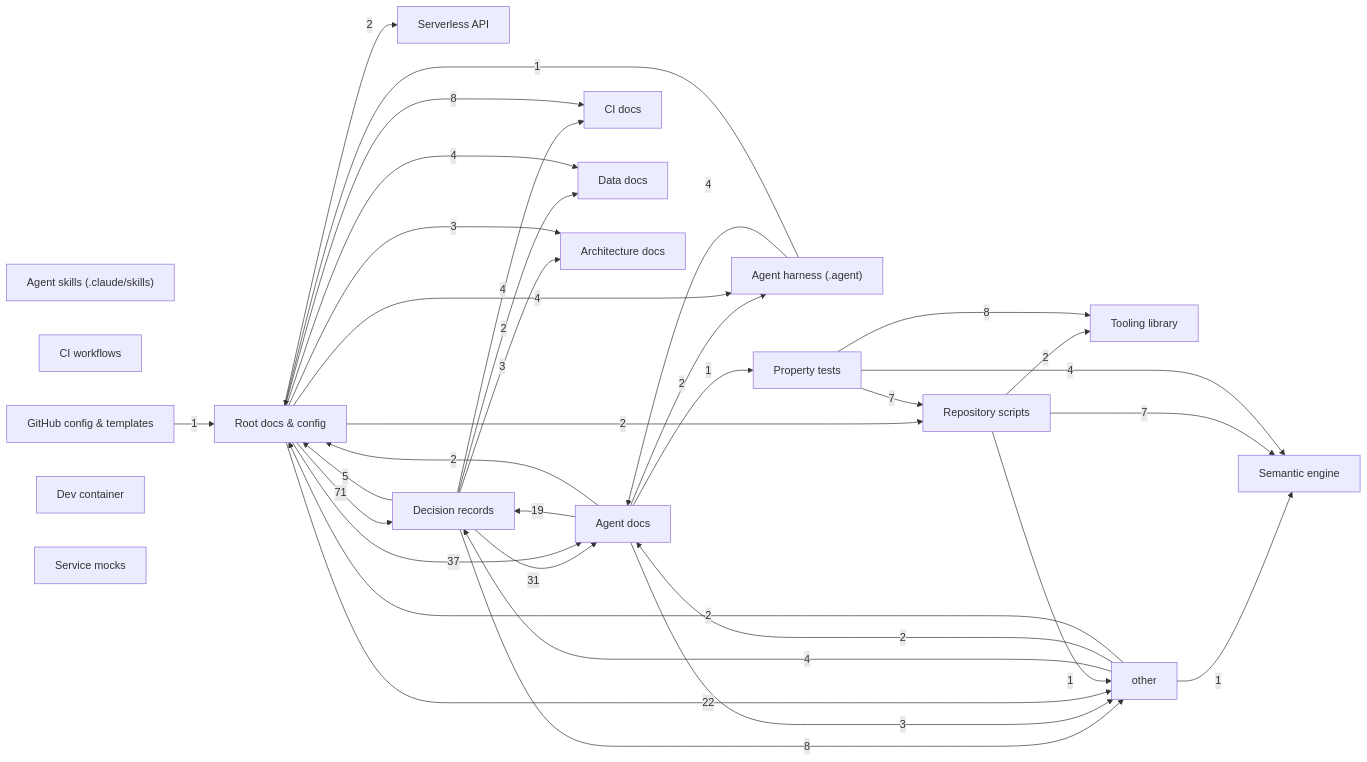
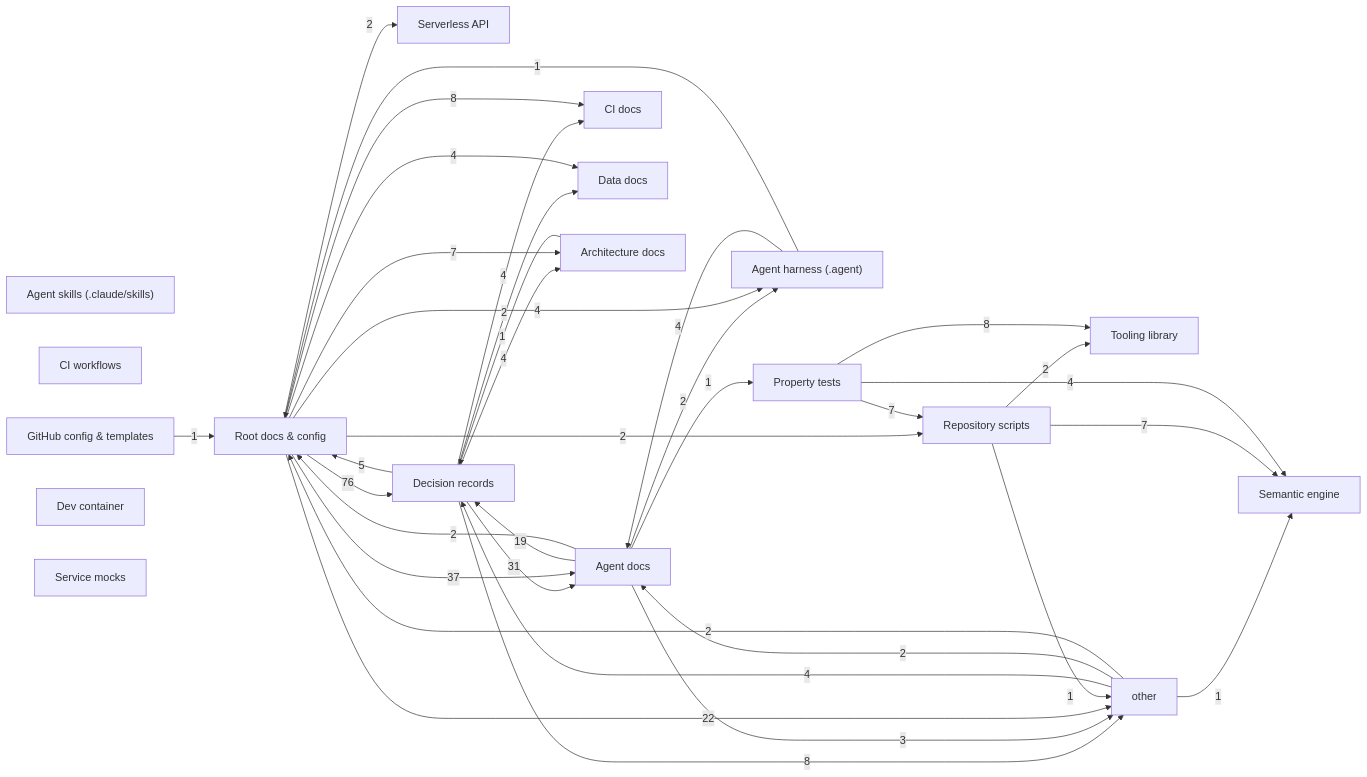
Before and after one commit to sayedelazameydesign-crypto/ui: the diagram in docs/architecture/graph.md, drawn with Mermaid. The commit also changed other lines of this file and 7 other files, not shown here.

````diff
--- a/docs/architecture/graph.md
+++ b/docs/architecture/graph.md
@@ -11,53 +11,54 @@
 ```mermaid
 graph LR
   root["Root docs & config"]
   api["Serverless API"]
   agent_harness["Agent harness (.agent)"]
   skills["Agent skills (.claude/skills)"]
   workflows["CI workflows"]
   github_config["GitHub config & templates"]
   sandbox["Dev container"]
   adr["Decision records"]
   docs_agents["Agent docs"]
   docs_ci["CI docs"]
   docs_data["Data docs"]
   docs_arch["Architecture docs"]
   semantic["Semantic engine"]
   tooling_lib["Tooling library"]
   scripts["Repository scripts"]
   tests["Property tests"]
   mocks["Service mocks"]
   adr -->|31| docs_agents
-  adr -->|3| docs_arch
+  adr -->|4| docs_arch
   adr -->|4| docs_ci
   adr -->|2| docs_data
   adr -->|8| other
   adr -->|5| root
   agent_harness -->|4| docs_agents
   agent_harness -->|1| root
   docs_agents -->|19| adr
   docs_agents -->|2| agent_harness
   docs_agents -->|3| other
   docs_agents -->|2| root
   docs_agents -->|1| tests
+  docs_arch -->|1| adr
   github_config -->|1| root
   other -->|4| adr
   other -->|2| docs_agents
   other -->|2| root
   other -->|1| semantic
-  root -->|71| adr
+  root -->|76| adr
   root -->|4| agent_harness
   root -->|2| api
   root -->|37| docs_agents
-  root -->|3| docs_arch
+  root -->|7| docs_arch
   root -->|8| docs_ci
   root -->|4| docs_data
   root -->|22| other
   root -->|2| scripts
   scripts -->|1| other
   scripts -->|7| semantic
   scripts -->|2| tooling_lib
   tests -->|7| scripts
   tests -->|4| semantic
   tests -->|8| tooling_lib
 ```
````
